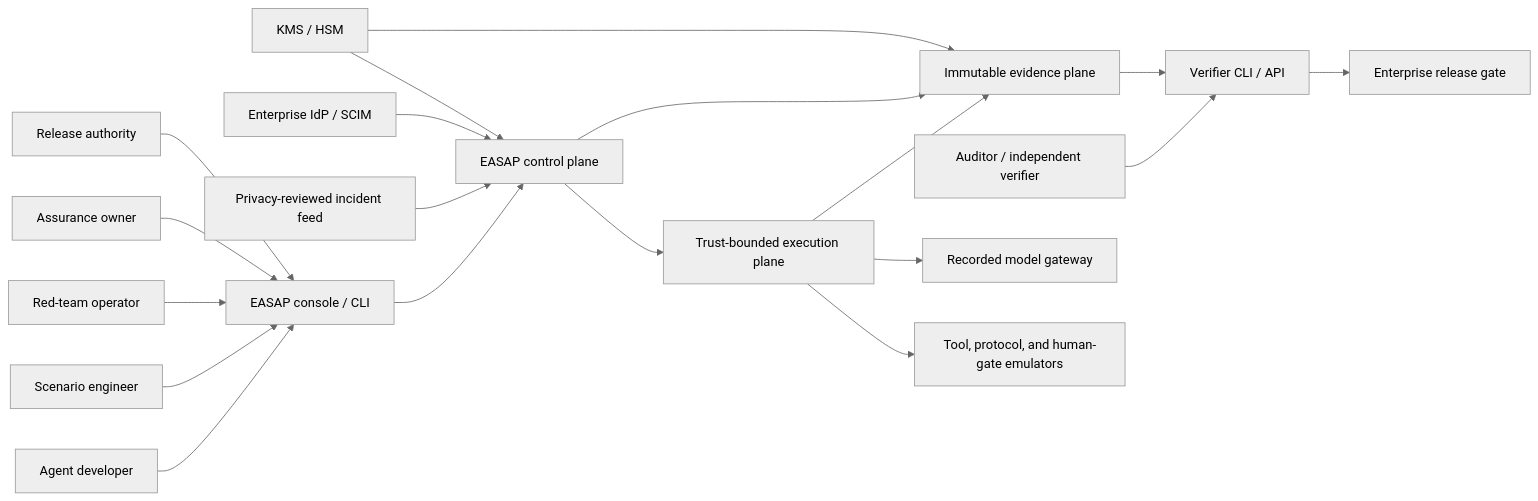
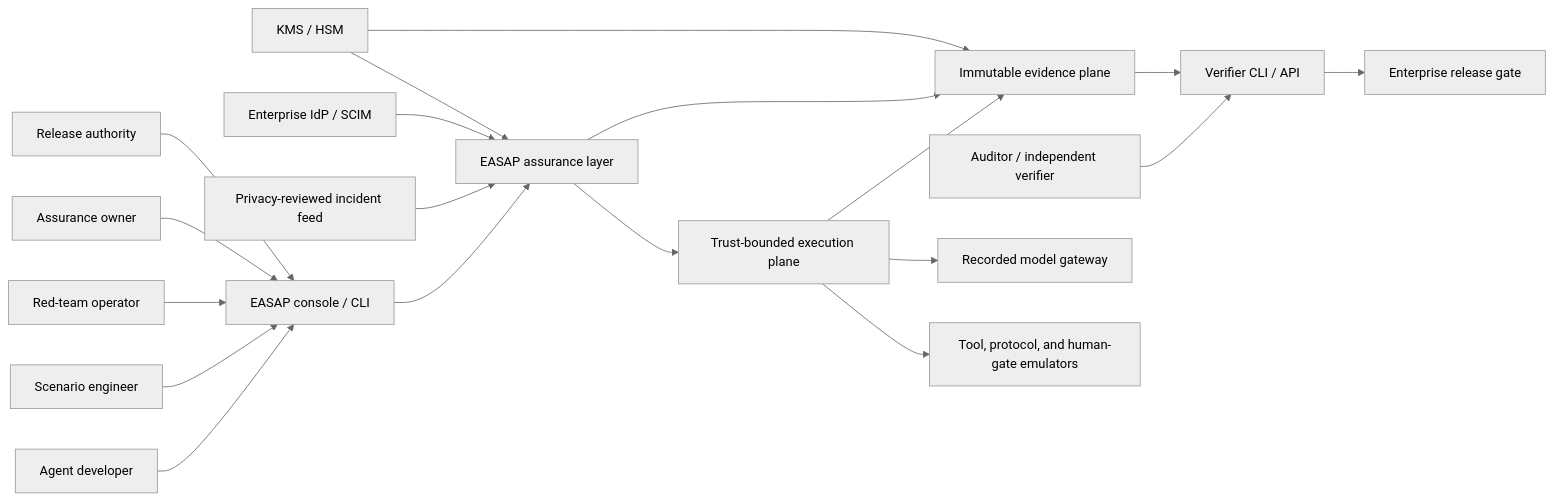
Before and after one commit to mlmrx/enterprise-agent-simulation-assurance-platform: the first of 4 diagrams in docs/architecture.md, drawn with Mermaid (neutral theme). The commit also changed other lines of this file and 7 other files, not shown here.

````diff
--- a/docs/architecture.md
+++ b/docs/architecture.md
@@ -20,23 +20,23 @@
 ```mermaid
 flowchart LR
   Developer["Agent developer"] --> Console["EASAP console / CLI"]
   ScenarioEngineer["Scenario engineer"] --> Console
   RedTeam["Red-team operator"] --> Console
   AssuranceOwner["Assurance owner"] --> Console
   ReleaseAuthority["Release authority"] --> Console
   Auditor["Auditor / independent verifier"] --> Verify["Verifier CLI / API"]
 
-  Console --> Control["EASAP control plane"]
+  Console --> Control["EASAP assurance layer"]
   Control --> Execution["Trust-bounded execution plane"]
   Execution --> Evidence["Immutable evidence plane"]
   Control --> Evidence
   Evidence --> Verify
   Verify --> Gate["Enterprise release gate"]
 
   Execution --> ModelGateway["Recorded model gateway"]
   Execution --> Emulators["Tool, protocol, and human-gate emulators"]
   Incidents["Privacy-reviewed incident feed"] --> Control
   IdP["Enterprise IdP / SCIM"] --> Control
   KMS["KMS / HSM"] --> Control
   KMS --> Evidence
 ```
````
